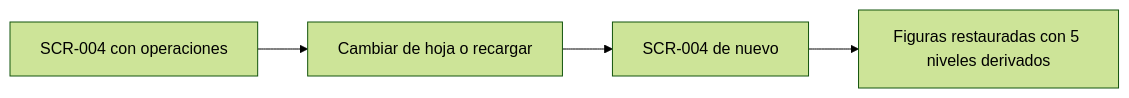
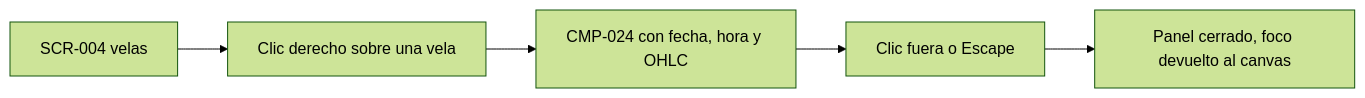
The third of 3 diagrams in _docs/ux/user-journeys.md (villarrealfx/fx_trad), drawn with Mermaid (forest theme) before and after one commit. The commit also changed other lines of this file and 22 other files, not shown here.

````diff
--- a/_docs/ux/user-journeys.md
+++ b/_docs/ux/user-journeys.md
@@ -91,6 +88,7 @@
 ```mermaid
 graph LR
-  A[SCR-004 con operaciones] --> B[Cambiar de hoja o recargar]
-  B --> C[SCR-004 de nuevo]
-  C --> D[Figuras restauradas con 5 niveles derivados]
+  A[SCR-004 velas] --> B[Clic derecho sobre una vela]
+  B --> C[CMP-024 con fecha, hora y OHLC]
+  C --> D[Clic fuera o Escape]
+  D --> E[Panel cerrado, foco devuelto al canvas]
 ```
````
